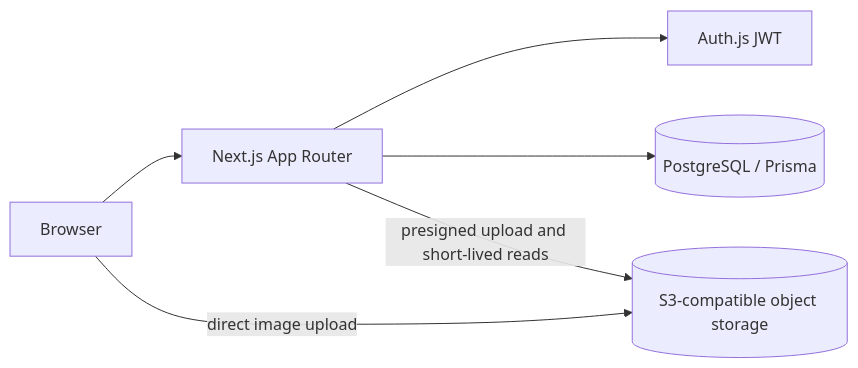
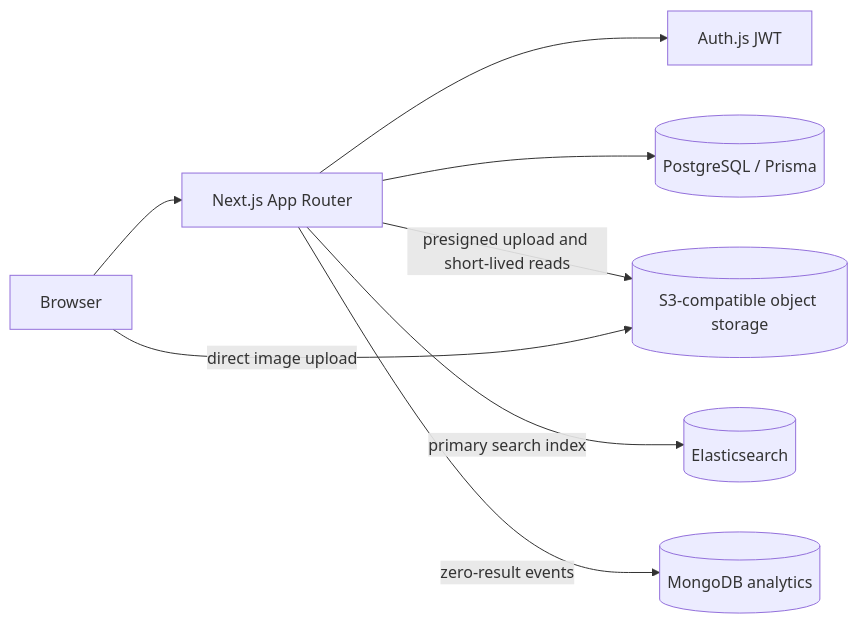
Before and after one commit to Rounakraaj/nexvia-multivendor-marketplace: the diagram in README.md, drawn with Mermaid. The commit also changed other lines of this file and 16 other files, not shown here.

Commit message:
feat: add Elasticsearch search and Mongo analytics

````diff
--- a/README.md
+++ b/README.md
@@ -15,8 +17,10 @@
 ```mermaid
 flowchart LR
   Browser --> Next[Next.js App Router]
   Next --> Auth[Auth.js JWT]
   Next --> PG[(PostgreSQL / Prisma)]
   Next -->|presigned upload and short-lived reads| S3[(S3-compatible object storage)]
   Browser -->|direct image upload| S3
+  Next -->|primary search index| ES[(Elasticsearch)]
+  Next -->|zero-result events| Mongo[(MongoDB analytics)]
 ```
````
